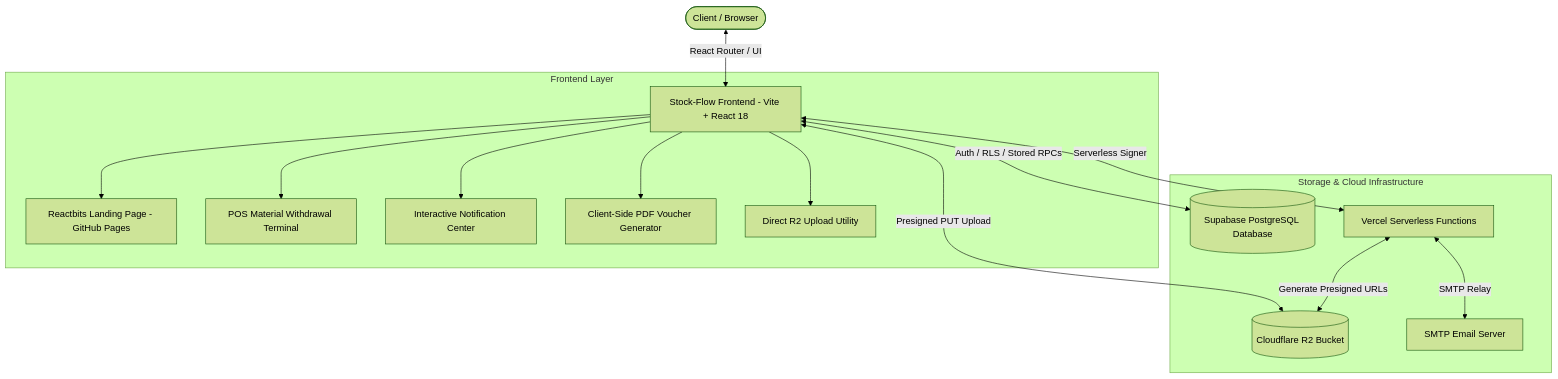
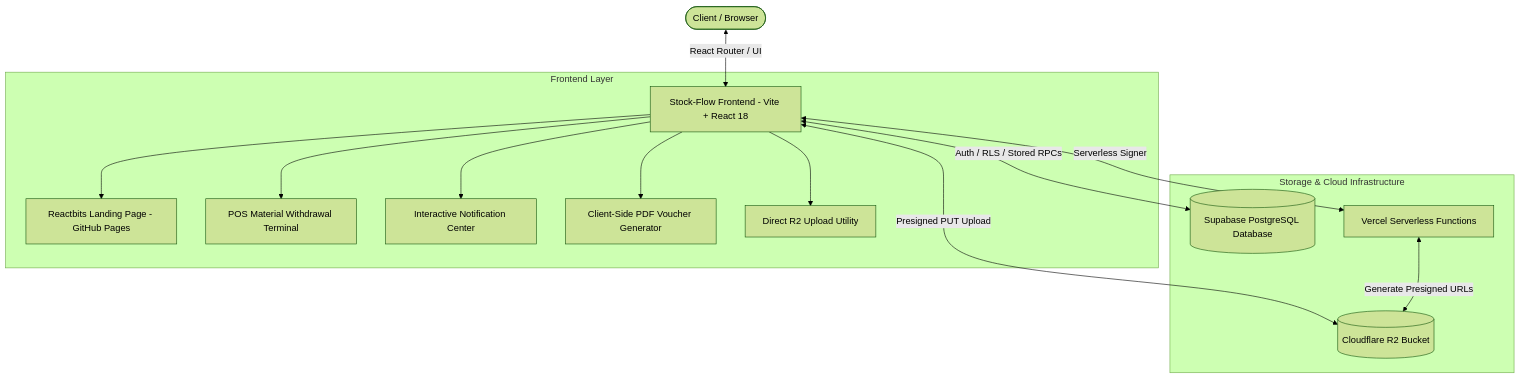
The diagram in README.md (EEMEEMMEEx/Stock-Flow), drawn with Mermaid (forest theme) before and after one commit. The commit also changed other lines of this file and 47 other files, not shown here.

Commit message:
ถอดระบบแจ้งเตือนทางอีเมล (Email Notification System), เซิร์ฟเวอร์ SMTP, เทมเพลตอีเมล, Vercel cron, /api/send-email, nodemailer, และระบบส่งเทียบเชิญผู้ใช้ทางอีเมลออกจากโปรเจกต์ครบถ้วน 100% โดยคงระบบแจ้งเตือนกระดิ่งในแอปและข้อมูลอีเมล Auth/Profile ไว้สมบูรณ์ · v1.25.25 → v1.26.0 (MINOR)

````diff
--- a/README.md
+++ b/README.md
@@ -95,20 +94,19 @@
 ```mermaid
 graph TD
     User([Client / Browser]) <--> |React Router / UI| SPA[Stock-Flow Frontend - Vite + React 18]
     
     subgraph Frontend Layer
         SPA --> Landing[Reactbits Landing Page - GitHub Pages]
         SPA --> POS[POS Material Withdrawal Terminal]
         SPA --> Notifications[Interactive Notification Center]
         SPA --> PDFEngine[Client-Side PDF Voucher Generator]
         SPA --> R2Client[Direct R2 Upload Utility]
     end
 
     subgraph Storage & Cloud Infrastructure
         SPA <--> |Auth / RLS / Stored RPCs| Supabase[(Supabase PostgreSQL Database)]
         SPA <--> |Presigned PUT Upload| R2Bucket[(Cloudflare R2 Bucket)]
         SPA <--> |Serverless Signer| VercelAPI[Vercel Serverless Functions]
         VercelAPI <--> |Generate Presigned URLs| R2Bucket
-        VercelAPI <--> |SMTP Relay| MailServer[SMTP Email Server]
     end
 ```
````
